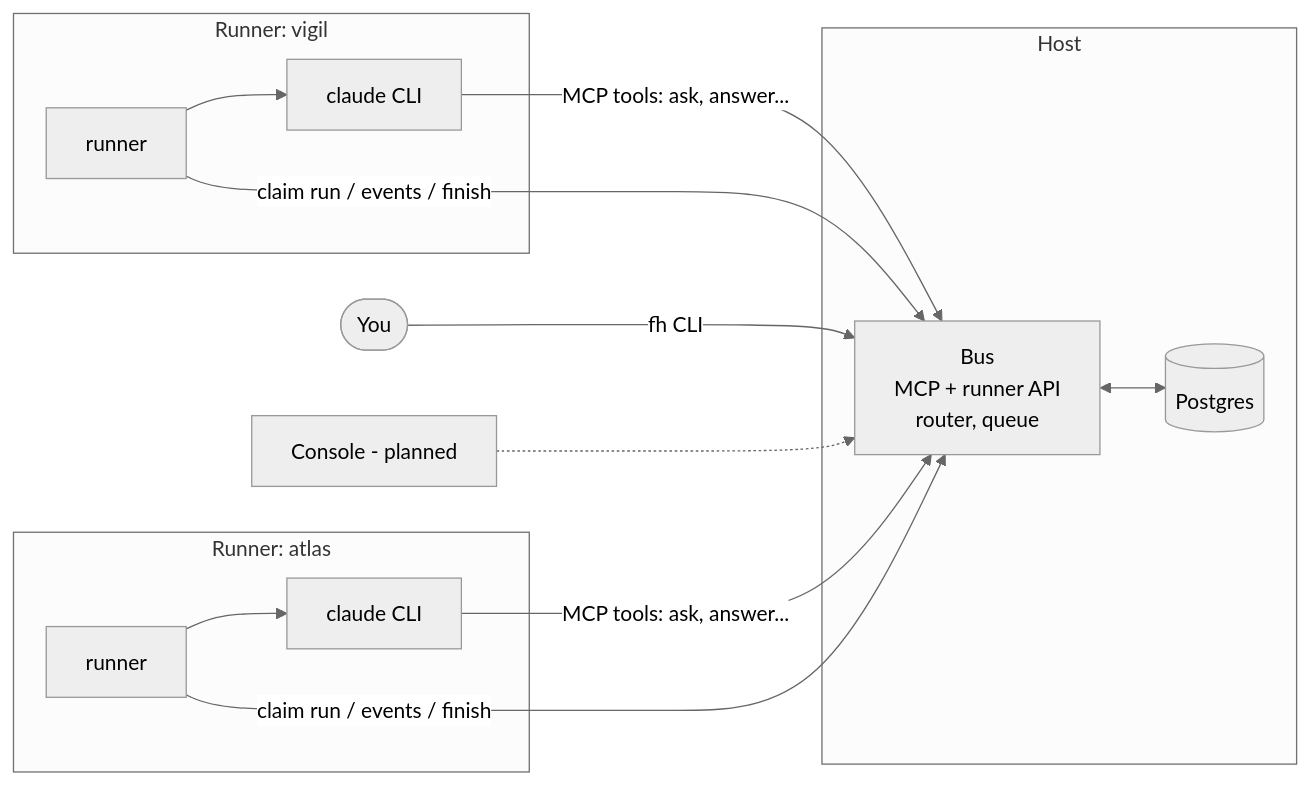
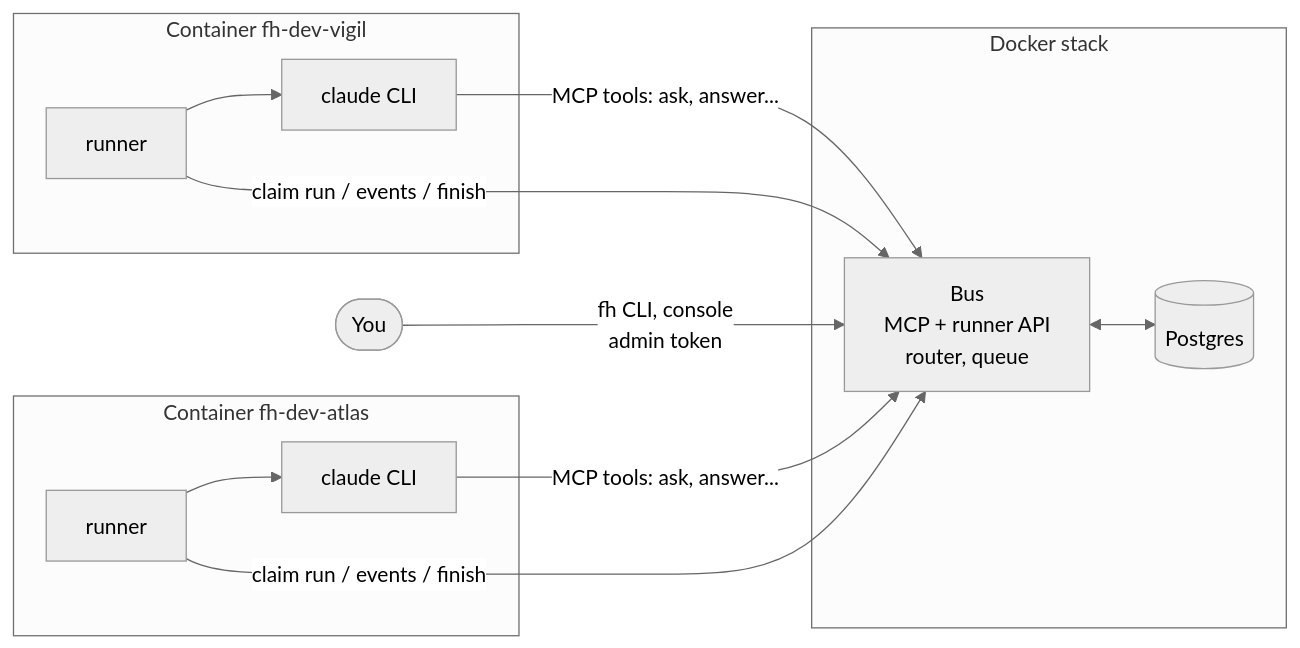
Before and after one commit to PhrStyle/forgehall: the diagram in docs/concepts/overview.md, drawn with Mermaid (neutral theme). The commit also changed other lines of this file and 20 other files, not shown here.

First line of the commit message:
docs: isolated agents, the Docker stack, Claude accounts and permission requests

````diff
--- a/docs/concepts/overview.md
+++ b/docs/concepts/overview.md
@@ -9,20 +9,19 @@
 ```mermaid
 flowchart LR
-  you([You]) -->|fh CLI| bus
-  console[Console - planned] -.-> bus
-  subgraph host[Host]
+  you([You]) -->|"fh CLI, console<br/>admin token"| bus
+  subgraph stack[Docker stack]
     bus["Bus<br/>MCP + runner API<br/>router, queue"]
     db[(Postgres)]
     bus <--> db
   end
-  subgraph r1[Runner: vigil]
+  subgraph r1["Container fh-dev-vigil"]
     run1[runner] --> cc1[claude CLI]
   end
-  subgraph r2[Runner: atlas]
+  subgraph r2["Container fh-dev-atlas"]
     run2[runner] --> cc2[claude CLI]
   end
   run1 -- "claim run / events / finish" --> bus
   run2 -- "claim run / events / finish" --> bus
   cc1 -- "MCP tools: ask, answer..." --> bus
   cc2 -- "MCP tools: ask, answer..." --> bus
 ```
````
